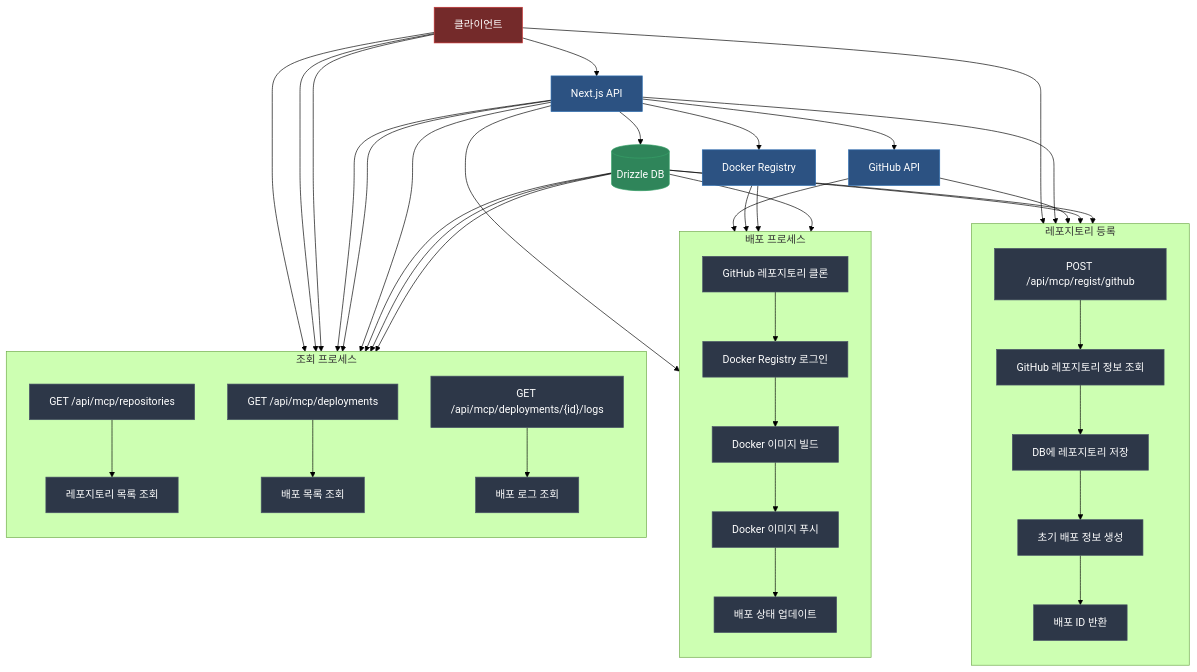
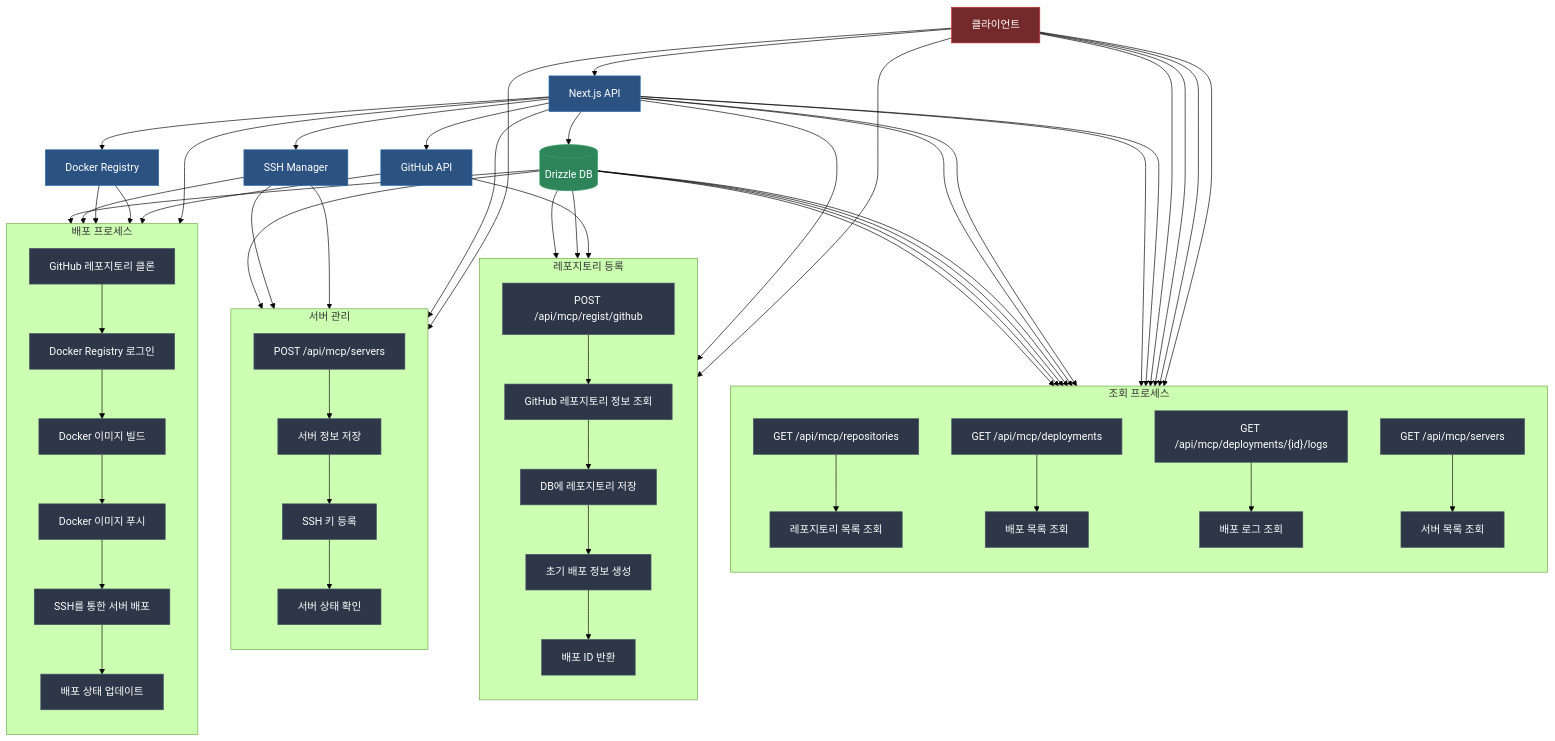
Before and after one commit to JHSeo-git/mcp-registry: the diagram in docs/process-diagram.md, drawn with Mermaid (forest theme). The commit also changed other lines of this file and 34 other files, not shown here.

````diff
--- a/docs/process-diagram.md
+++ b/docs/process-diagram.md
@@ -5,6 +5,7 @@
     NextAPI --> DrizzleDB[(Drizzle DB)]
     NextAPI --> GitHubAPI[GitHub API]
     NextAPI --> DockerRegistry[Docker Registry]
+    NextAPI --> SSHManager[SSH Manager]
 
     %% 레포지토리 등록 프로세스
     subgraph 레포지토리 등록
@@ -21,7 +22,8 @@
         D1[GitHub 레포지토리 클론] --> D2[Docker Registry 로그인]
         D2 --> D3[Docker 이미지 빌드]
         D3 --> D4[Docker 이미지 푸시]
-        D4 --> D5[배포 상태 업데이트]
+        D4 --> D5[SSH를 통한 서버 배포]
+        D5 --> D6[배포 상태 업데이트]
     end
 
     %% 조회 프로세스
@@ -30,6 +32,15 @@
         Q1["GET /api/mcp/repositories"] --> Q2[레포지토리 목록 조회]
         Q3["GET /api/mcp/deployments"] --> Q4[배포 목록 조회]
         Q5["GET /api/mcp/deployments/{id}/logs"] --> Q6[배포 로그 조회]
+        Q7["GET /api/mcp/servers"] --> Q8[서버 목록 조회]
+    end
+
+    %% 서버 관리 프로세스
+    subgraph 서버 관리
+        direction TB
+        S1["POST /api/mcp/servers"] --> S2[서버 정보 저장]
+        S2 --> S3[SSH 키 등록]
+        S3 --> S4[서버 상태 확인]
     end
 
     %% 연결 관계
@@ -37,12 +48,16 @@
     Client --> Q1
     Client --> Q3
     Client --> Q5
+    Client --> Q7
+    Client --> S1
 
     NextAPI --> R1
     NextAPI --> D1
     NextAPI --> Q1
     NextAPI --> Q3
     NextAPI --> Q5
+    NextAPI --> Q7
+    NextAPI --> S1
 
     GitHubAPI --> R2
     GitHubAPI --> D1
@@ -50,12 +65,18 @@
     DockerRegistry --> D2
     DockerRegistry --> D4
 
+    SSHManager --> D5
+    SSHManager --> S3
+    SSHManager --> S4
+
     DrizzleDB --> R3
     DrizzleDB --> R4
-    DrizzleDB --> D5
+    DrizzleDB --> D6
     DrizzleDB --> Q2
     DrizzleDB --> Q4
     DrizzleDB --> Q6
+    DrizzleDB --> Q8
+    DrizzleDB --> S2
 
     %% 스타일
     classDef process fill:#2d3748,stroke:#4a5568,stroke-width:1px,color:#fff
@@ -64,7 +85,7 @@
     classDef client fill:#742a2a,stroke:#c53030,stroke-width:1px,color:#fff
 
     class Client client
-    class NextAPI,GitHubAPI,DockerRegistry api
+    class NextAPI,GitHubAPI,DockerRegistry,SSHManager api
     class DrizzleDB db
-    class R1,R2,R3,R4,R5,D1,D2,D3,D4,D5,Q1,Q2,Q3,Q4,Q5,Q6 process
+    class R1,R2,R3,R4,R5,D1,D2,D3,D4,D5,D6,Q1,Q2,Q3,Q4,Q5,Q6,Q7,Q8,S1,S2,S3,S4 process
 ```
````
